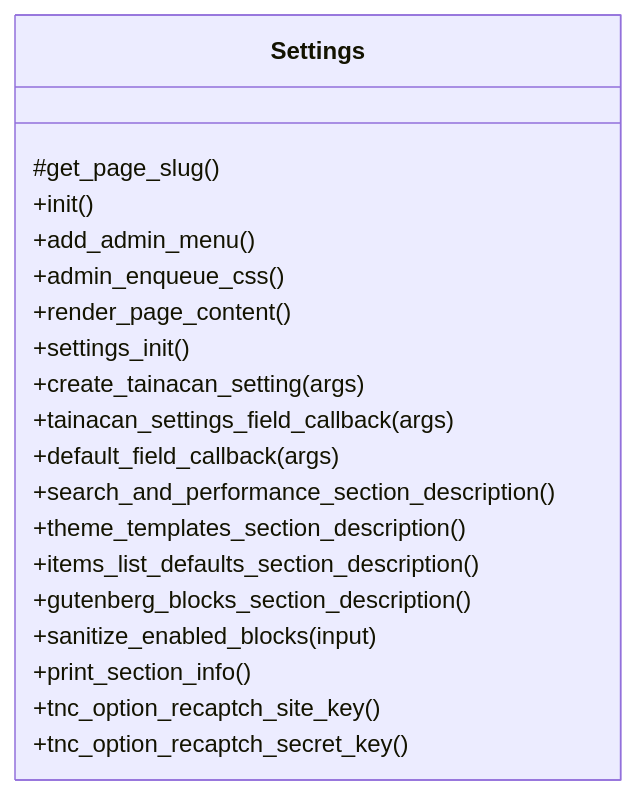
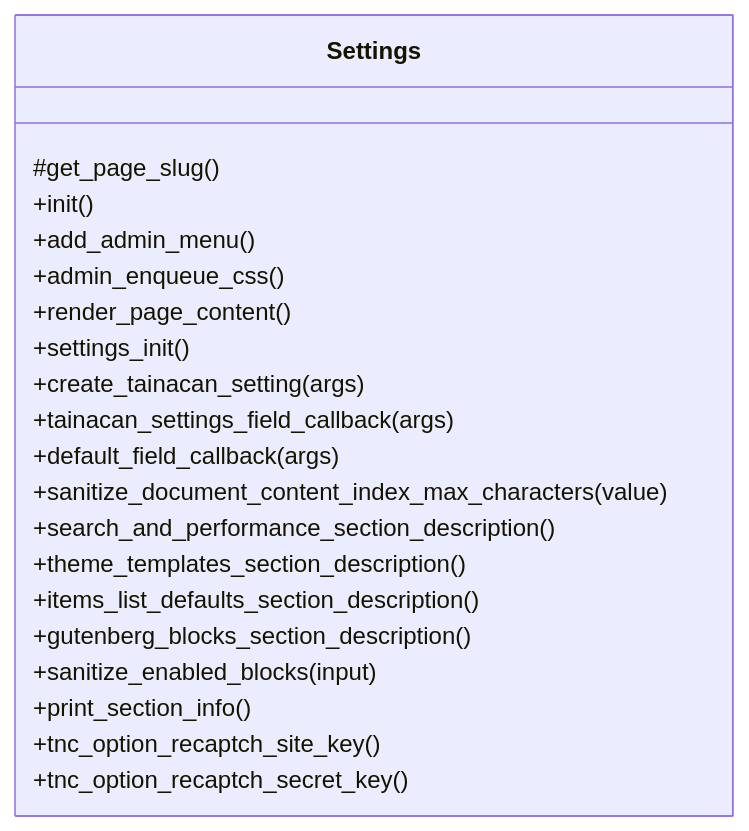
The diagram in docs/phpdoc/classes/Tainacan/Settings.md (tainacan/tainacan), drawn with Mermaid before and after one commit. The commit also changed other lines of this file and 79 other files, not shown here.

First line of the commit message:
docs: Updates docs including filters description for tainacan_extract_document_content.

````diff
--- a/docs/phpdoc/classes/Tainacan/Settings.md
+++ b/docs/phpdoc/classes/Tainacan/Settings.md
@@ -12,23 +12,24 @@
 ```mermaid
 classDiagram
     direction TB
     class Settings {
         #get_page_slug()
         +init()
         +add_admin_menu()
         +admin_enqueue_css()
         +render_page_content()
         +settings_init()
         +create_tainacan_setting(args)
         +tainacan_settings_field_callback(args)
         +default_field_callback(args)
+        +sanitize_document_content_index_max_characters(value)
         +search_and_performance_section_description()
         +theme_templates_section_description()
         +items_list_defaults_section_description()
         +gutenberg_blocks_section_description()
         +sanitize_enabled_blocks(input)
         +print_section_info()
         +tnc_option_recaptch_site_key()
         +tnc_option_recaptch_secret_key()
     }
 ```
````
